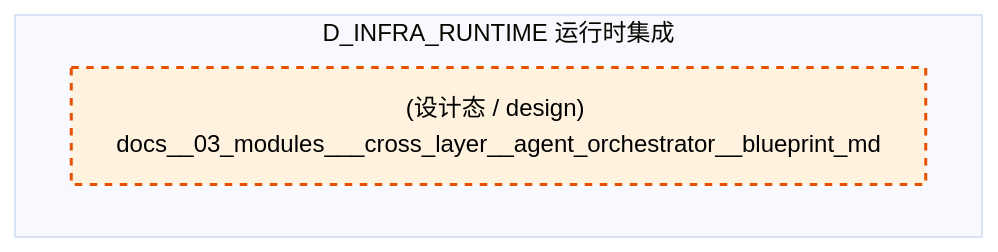
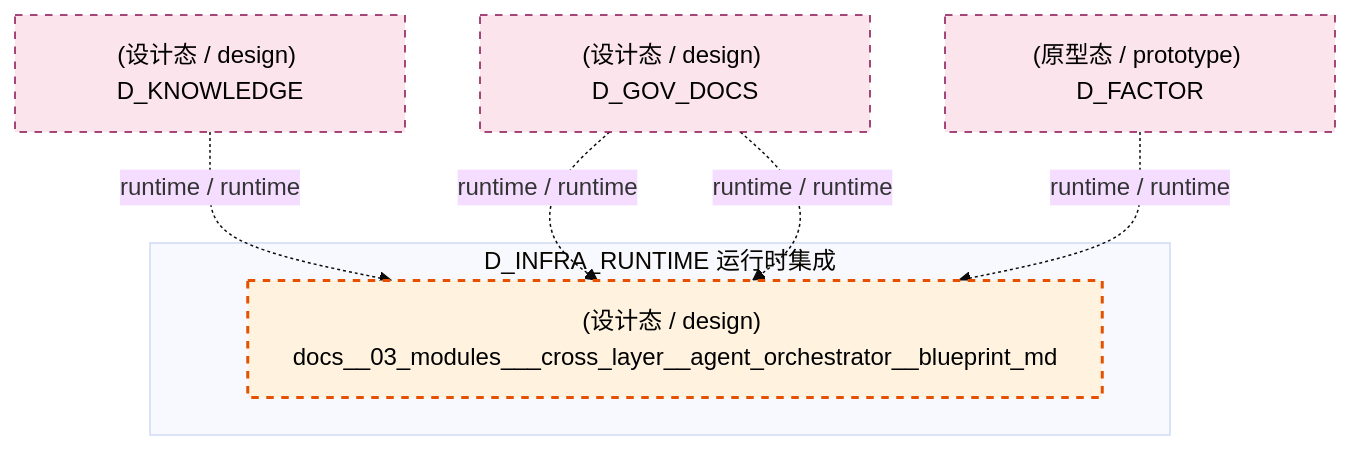
The eighth of 10 diagrams in docs/02_enterprise_architecture/02_domain_architecture_docs/04_d_infra_runtime.md (xuanFelixVan/ZephyrAlpha), drawn with Mermaid (base theme) before and after one commit. The commit also changed other lines of this file and 103 other files, not shown here.

````diff
--- a/docs/02_enterprise_architecture/02_domain_architecture_docs/04_d_infra_runtime.md
+++ b/docs/02_enterprise_architecture/02_domain_architecture_docs/04_d_infra_runtime.md
@@ -1034,11 +1044,19 @@
 ```mermaid
 graph TD
     subgraph D_INFRA_RUNTIME["D_INFRA_RUNTIME 运行时集成"]
         docs_03_modules_cross_layer_agent_orchestrator_blueprint_md["(设计态 / design) docs__03_modules___cross_layer__agent_orchestrator__blueprint_md"]
     end
+    D_KNOWLEDGE["(设计态 / design) D_KNOWLEDGE"]
+    D_KNOWLEDGE -.->|runtime / runtime| docs_03_modules_cross_layer_agent_orchestrator_blueprint_md
+    D_GOV_DOCS["(设计态 / design) D_GOV_DOCS"]
+    D_GOV_DOCS -.->|runtime / runtime| docs_03_modules_cross_layer_agent_orchestrator_blueprint_md
+    D_GOV_DOCS -.->|runtime / runtime| docs_03_modules_cross_layer_agent_orchestrator_blueprint_md
+    D_FACTOR["(原型态 / prototype) D_FACTOR"]
+    D_FACTOR -.->|runtime / runtime| docs_03_modules_cross_layer_agent_orchestrator_blueprint_md
     classDef production fill:#e1f5fe,stroke:#01579b,stroke-width:2px,color:#000
     classDef design fill:#fff3e0,stroke:#e65100,stroke-width:2px,color:#000,stroke-dasharray: 5 5
     classDef external_prod fill:#e8f5e9,stroke:#1b5e20,stroke-width:1px,color:#000
     classDef external_design fill:#fce4ec,stroke:#880e4f,stroke-width:1px,color:#000,stroke-dasharray: 5 5
     class docs_03_modules_cross_layer_agent_orchestrator_blueprint_md design
+    class D_KNOWLEDGE,D_GOV_DOCS,D_FACTOR external_design
 ```
````
